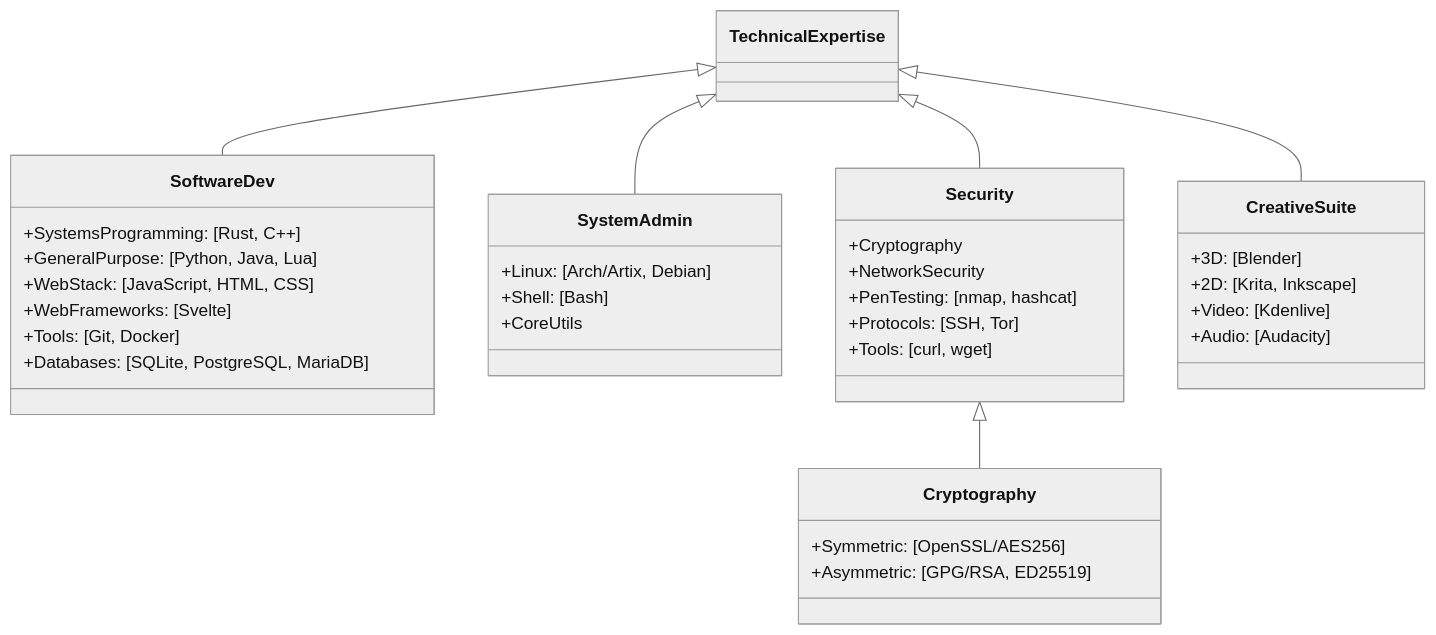
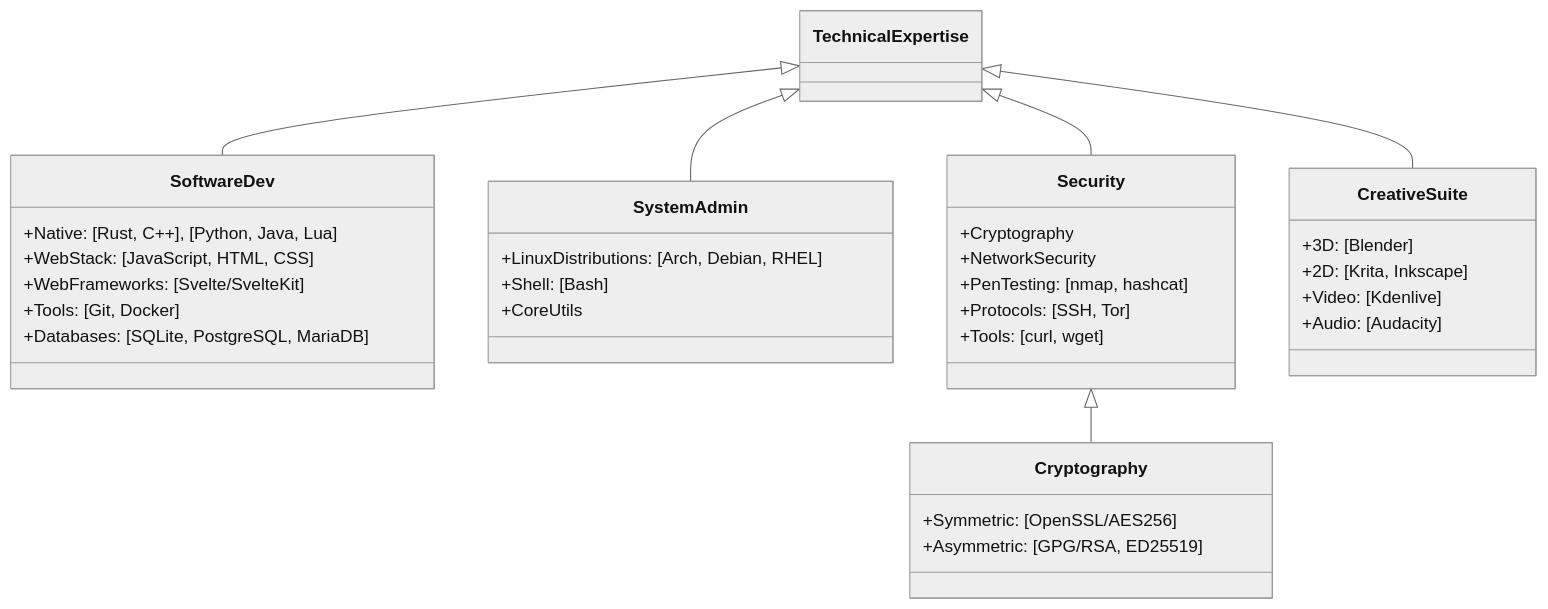
Before and after one commit to yuuhikaze/yuuhikaze.github.io: the diagram in src/technical-expertise/diagram.mmd, drawn with Mermaid. The commit also changed 15 other files, not shown here.

First line of the commit message:
feat: updates "Enterprise Solutions" blog entry, updates technologies diagram

```diff
--- a/src/technical-expertise/diagram.mmd
+++ b/src/technical-expertise/diagram.mmd
@@ -1,43 +1,42 @@
 %%{init: {'theme': 'neutral'}}%%
 classDiagram
     TechnicalExpertise <|-- SoftwareDev
     TechnicalExpertise <|-- SystemAdmin
     TechnicalExpertise <|-- Security
     TechnicalExpertise <|-- CreativeSuite
 
     class SoftwareDev{
-        +SystemsProgramming: [Rust, C++]
-        +GeneralPurpose: [Python, Java, Lua]
+        +Native: [Rust, C++], [Python, Java, Lua]
         +WebStack: [JavaScript, HTML, CSS]
-        +WebFrameworks: [Svelte]
+        +WebFrameworks: [Svelte/SvelteKit]
         +Tools: [Git, Docker]
         +Databases: [SQLite, PostgreSQL, MariaDB]
     }
 
     class SystemAdmin{
-        +Linux: [Arch/Artix, Debian]
+        +LinuxDistributions: [Arch, Debian, RHEL]
         +Shell: [Bash]
         +CoreUtils
         %% +AndroidTools
     }
 
     class Security{
         +Cryptography
         +NetworkSecurity
         +PenTesting: [nmap, hashcat]
         +Protocols: [SSH, Tor]
         +Tools: [curl, wget]
     }
 
     class CreativeSuite{
         +3D: [Blender]
         +2D: [Krita, Inkscape]
         +Video: [Kdenlive]
         +Audio: [Audacity]
     }
 
     Security <|-- Cryptography
     class Cryptography{
         +Symmetric: [OpenSSL/AES256]
         +Asymmetric: [GPG/RSA, ED25519]
     }
```
